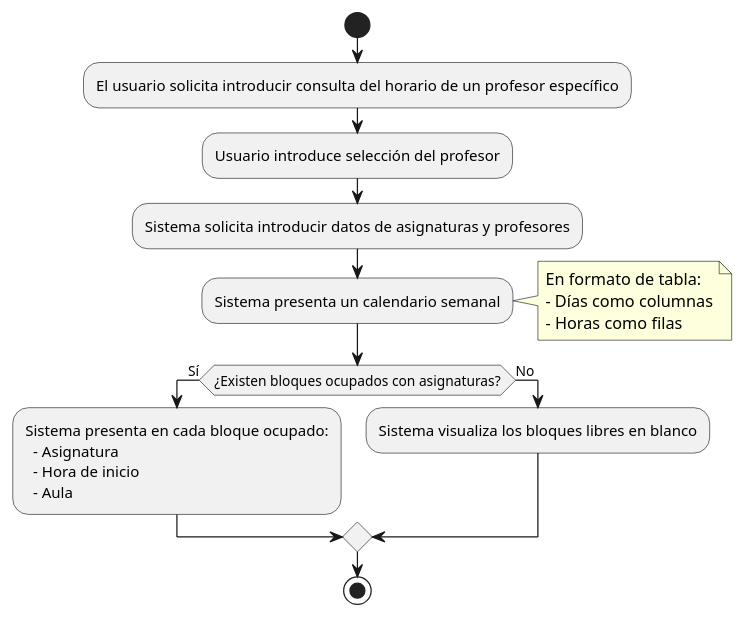
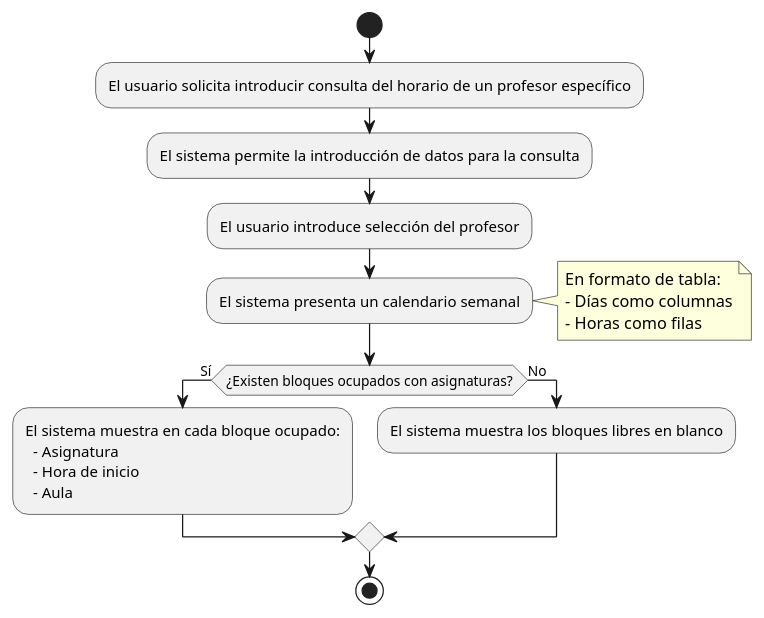
The diagram in casosDeUso/plantUML/ConsultarHorarioProfesor.puml (mmasias/24-25-IdSw1-SDR), drawn with PlantUML before and after one commit. The commit also changed 27 other files, not shown here.

Commit message:
Cambios a casos de uso y diagramas, cambios a Prototipos

```diff
--- a/casosDeUso/plantUML/ConsultarHorarioProfesor.puml
+++ b/casosDeUso/plantUML/ConsultarHorarioProfesor.puml
@@ -1,21 +1,21 @@
 @startuml
 start
 :El usuario solicita introducir consulta del horario de un profesor específico;
-:Usuario introduce selección del profesor;
-:Sistema solicita introducir datos de asignaturas y profesores;
-:Sistema presenta un calendario semanal;
+:El sistema permite la introducción de datos para la consulta;
+:El usuario introduce selección del profesor;
+:El sistema presenta un calendario semanal;
 note right
 En formato de tabla:
 - Días como columnas
 - Horas como filas
 end note
 if (¿Existen bloques ocupados con asignaturas?) then (Sí)
-  :Sistema presenta en cada bloque ocupado:
+  :El sistema muestra en cada bloque ocupado:
     - Asignatura
     - Hora de inicio
     - Aula;
 else (No)
-  :Sistema visualiza los bloques libres en blanco;
+  :El sistema muestra los bloques libres en blanco;
 endif
 stop
 @enduml
```
